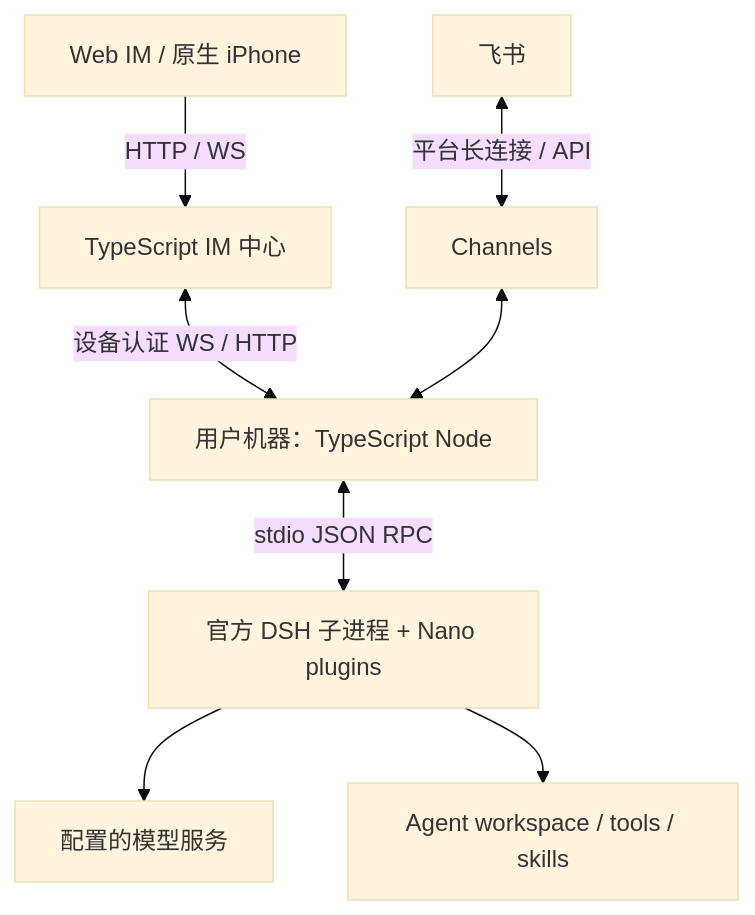
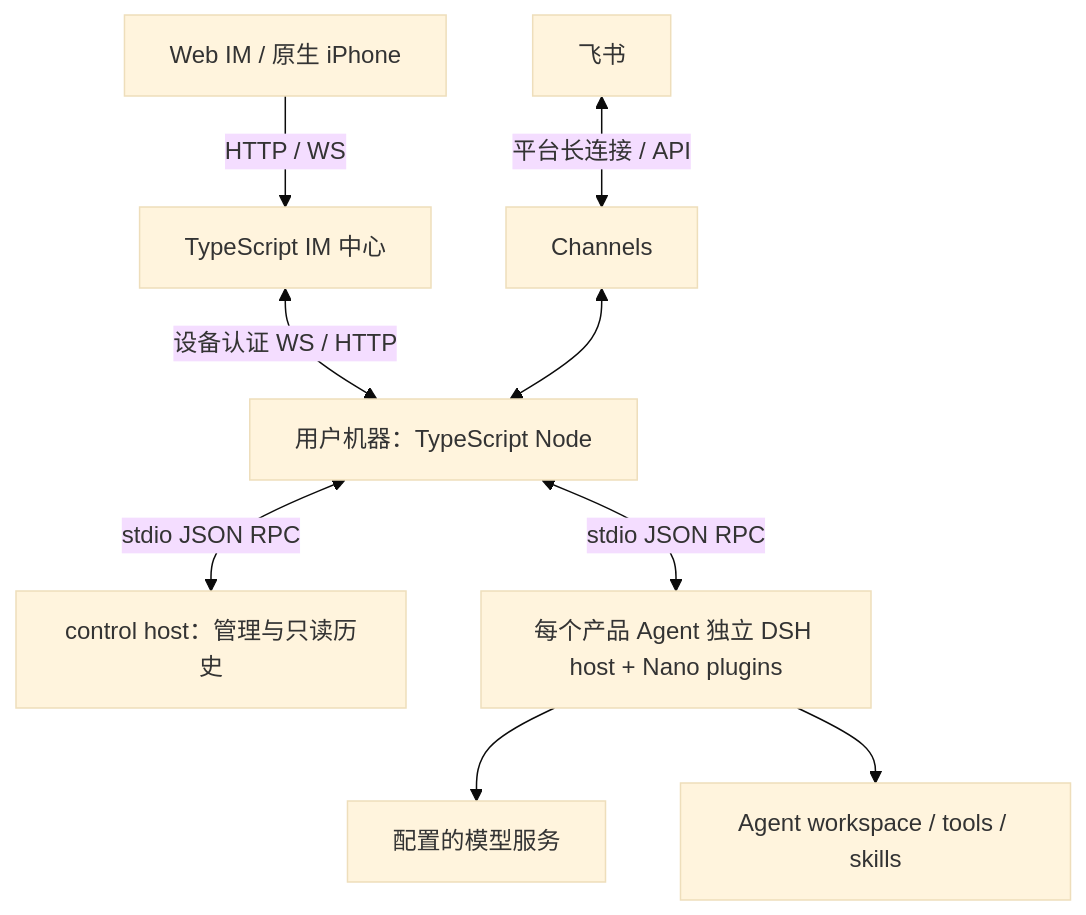
Before and after one commit to Mrchen116/nano-multiagent: the diagram in SPEC.md, drawn with Mermaid (base theme). The commit also changed other lines of this file and 10 other files, not shown here.

````diff
--- a/SPEC.md
+++ b/SPEC.md
@@ -11,10 +11,11 @@
 ```mermaid
 flowchart TD
   Web[Web IM / 原生 iPhone] -->|HTTP / WS| IM[TypeScript IM 中心]
   IM <-->|设备认证 WS / HTTP| Node[用户机器：TypeScript Node]
   Feishu[飞书] <-->|平台长连接 / API| Channels[Channels]
   Channels <--> Node
-  Node <-->|stdio JSON RPC| DSH[官方 DSH 子进程 + Nano plugins]
+  Node <-->|stdio JSON RPC| Control[control host：管理与只读历史]
+  Node <-->|stdio JSON RPC| DSH[每个产品 Agent 独立 DSH host + Nano plugins]
   DSH --> LLM[配置的模型服务]
   DSH --> Workspace[Agent workspace / tools / skills]
 ```
````
